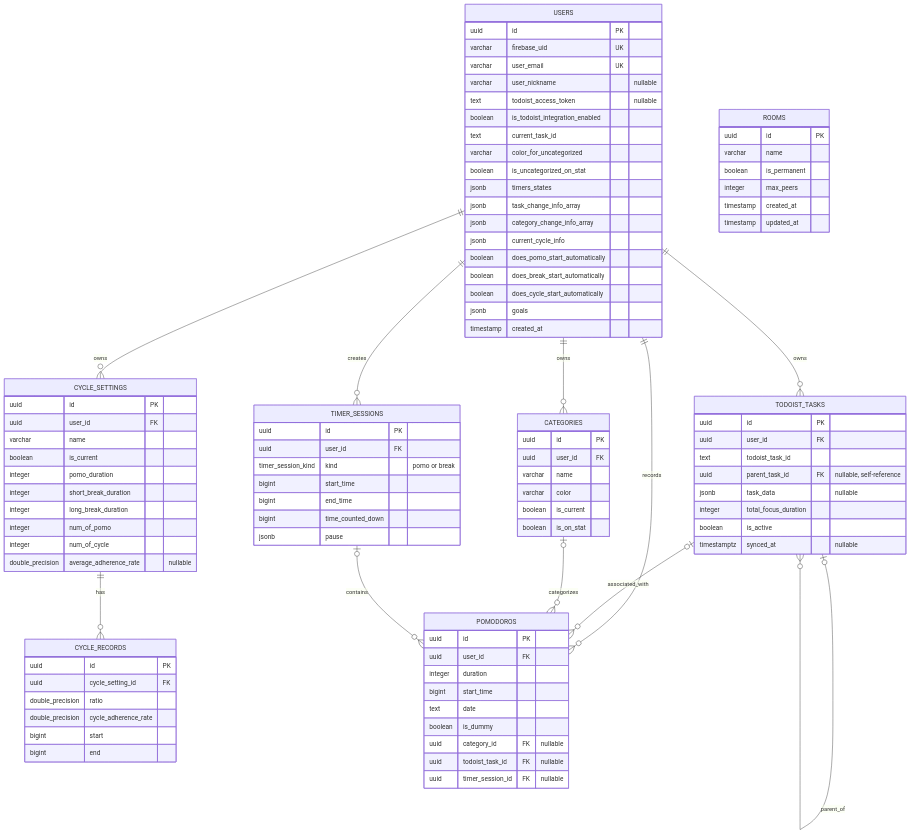
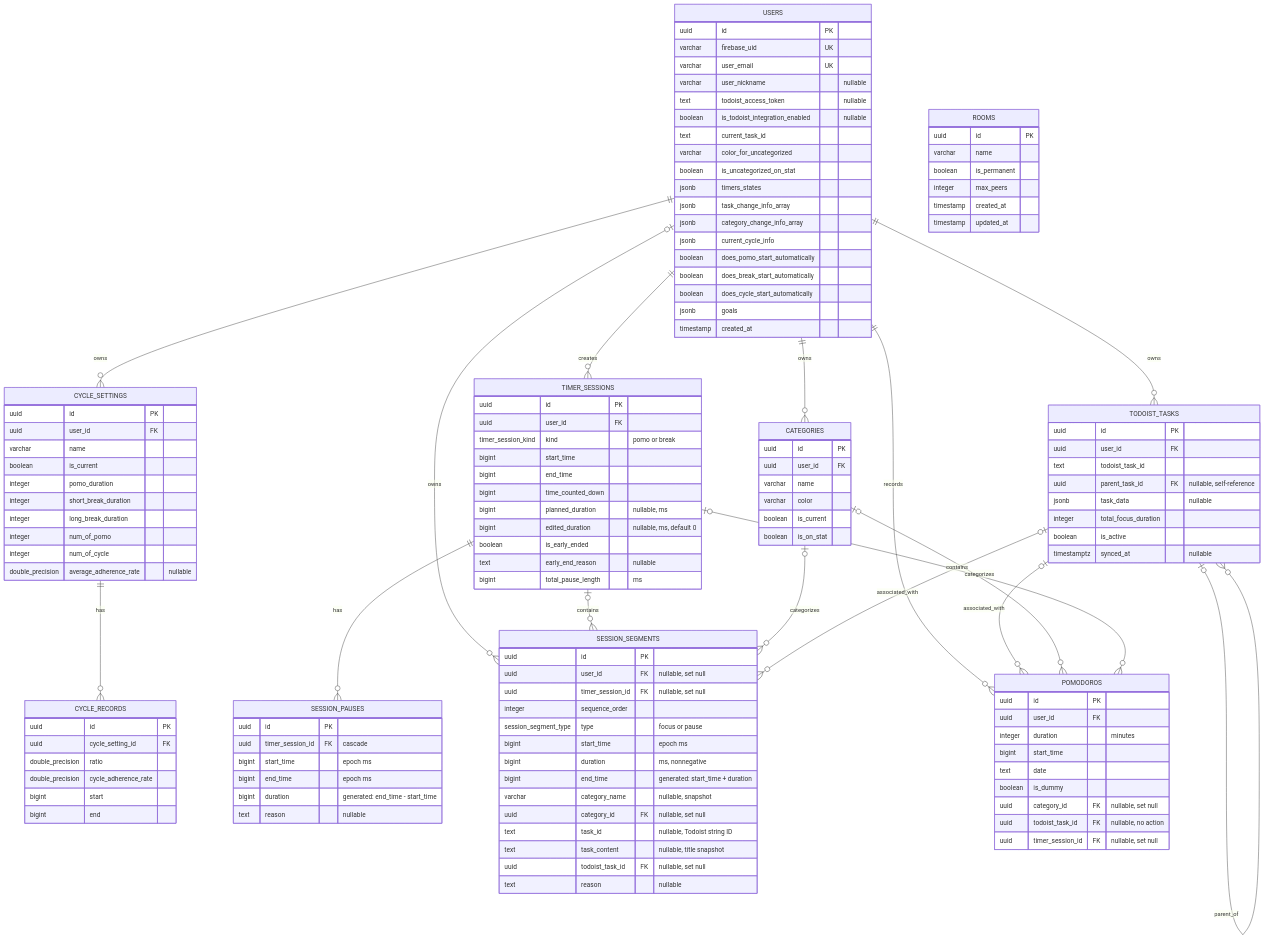
Before and after one commit to Yonghwan-Song/pomodoro-doc: the diagram in static/diagrams/postgresql-erd.mmd, drawn with Mermaid. The commit also changed 13 other files, not shown here.

```diff
--- a/static/diagrams/postgresql-erd.mmd
+++ b/static/diagrams/postgresql-erd.mmd
@@ -1,108 +1,144 @@
 %%{init: { "er": { "useMaxWidth": false } } }%%
 erDiagram
     USERS {
         uuid id PK
         varchar firebase_uid UK
         varchar user_email UK
         varchar user_nickname "nullable"
         text todoist_access_token "nullable"
-        boolean is_todoist_integration_enabled
+        boolean is_todoist_integration_enabled "nullable"
         text current_task_id
         varchar color_for_uncategorized
         boolean is_uncategorized_on_stat
         jsonb timers_states
         jsonb task_change_info_array
         jsonb category_change_info_array
         jsonb current_cycle_info
         boolean does_pomo_start_automatically
         boolean does_break_start_automatically
         boolean does_cycle_start_automatically
         jsonb goals
         timestamp created_at
     }
 
     CATEGORIES {
         uuid id PK
         uuid user_id FK
         varchar name
         varchar color
         boolean is_current
         boolean is_on_stat
     }
 
     CYCLE_SETTINGS {
         uuid id PK
         uuid user_id FK
         varchar name
         boolean is_current
         integer pomo_duration
         integer short_break_duration
         integer long_break_duration
         integer num_of_pomo
         integer num_of_cycle
         double_precision average_adherence_rate "nullable"
     }
 
     CYCLE_RECORDS {
         uuid id PK
         uuid cycle_setting_id FK
         double_precision ratio
         double_precision cycle_adherence_rate
         bigint start
         bigint end
     }
 
     ROOMS {
         uuid id PK
         varchar name
         boolean is_permanent
         integer max_peers
         timestamp created_at
         timestamp updated_at
     }
 
     TODOIST_TASKS {
         uuid id PK
         uuid user_id FK
         text todoist_task_id
         uuid parent_task_id FK "nullable, self-reference"
         jsonb task_data "nullable"
         integer total_focus_duration
         boolean is_active
         timestamptz synced_at "nullable"
     }
 
     TIMER_SESSIONS {
         uuid id PK
         uuid user_id FK
         timer_session_kind kind "pomo or break"
         bigint start_time
         bigint end_time
         bigint time_counted_down
-        jsonb pause
+        bigint planned_duration "nullable, ms"
+        bigint edited_duration "nullable, ms, default 0"
+        boolean is_early_ended
+        text early_end_reason "nullable"
+        bigint total_pause_length "ms"
+    }
+
+    SESSION_PAUSES {
+        uuid id PK
+        uuid timer_session_id FK "cascade"
+        bigint start_time "epoch ms"
+        bigint end_time "epoch ms"
+        bigint duration "generated: end_time - start_time"
+        text reason "nullable"
+    }
+
+    SESSION_SEGMENTS {
+        uuid id PK
+        uuid user_id FK "nullable, set null"
+        uuid timer_session_id FK "nullable, set null"
+        integer sequence_order
+        session_segment_type type "focus or pause"
+        bigint start_time "epoch ms"
+        bigint duration "ms, nonnegative"
+        bigint end_time "generated: start_time + duration"
+        varchar category_name "nullable, snapshot"
+        uuid category_id FK "nullable, set null"
+        text task_id "nullable, Todoist string ID"
+        text task_content "nullable, title snapshot"
+        uuid todoist_task_id FK "nullable, set null"
+        text reason "nullable"
     }
 
     POMODOROS {
         uuid id PK
         uuid user_id FK
-        integer duration
+        integer duration "minutes"
         bigint start_time
         text date
         boolean is_dummy
-        uuid category_id FK "nullable"
-        uuid todoist_task_id FK "nullable"
-        uuid timer_session_id FK "nullable"
+        uuid category_id FK "nullable, set null"
+        uuid todoist_task_id FK "nullable, no action"
+        uuid timer_session_id FK "nullable, set null"
     }
 
     USERS ||--o{ CATEGORIES : owns
     USERS ||--o{ CYCLE_SETTINGS : owns
     USERS ||--o{ TODOIST_TASKS : owns
     USERS ||--o{ TIMER_SESSIONS : creates
     USERS ||--o{ POMODOROS : records
 
     CYCLE_SETTINGS ||--o{ CYCLE_RECORDS : has
 
     TODOIST_TASKS o|--o{ TODOIST_TASKS : parent_of
     TODOIST_TASKS o|--o{ POMODOROS : associated_with
     CATEGORIES o|--o{ POMODOROS : categorizes
     TIMER_SESSIONS o|--o{ POMODOROS : contains
+
+    TIMER_SESSIONS ||--o{ SESSION_PAUSES : has
+    USERS o|--o{ SESSION_SEGMENTS : owns
+    TIMER_SESSIONS o|--o{ SESSION_SEGMENTS : contains
+    CATEGORIES o|--o{ SESSION_SEGMENTS : categorizes
+    TODOIST_TASKS o|--o{ SESSION_SEGMENTS : associated_with
```
